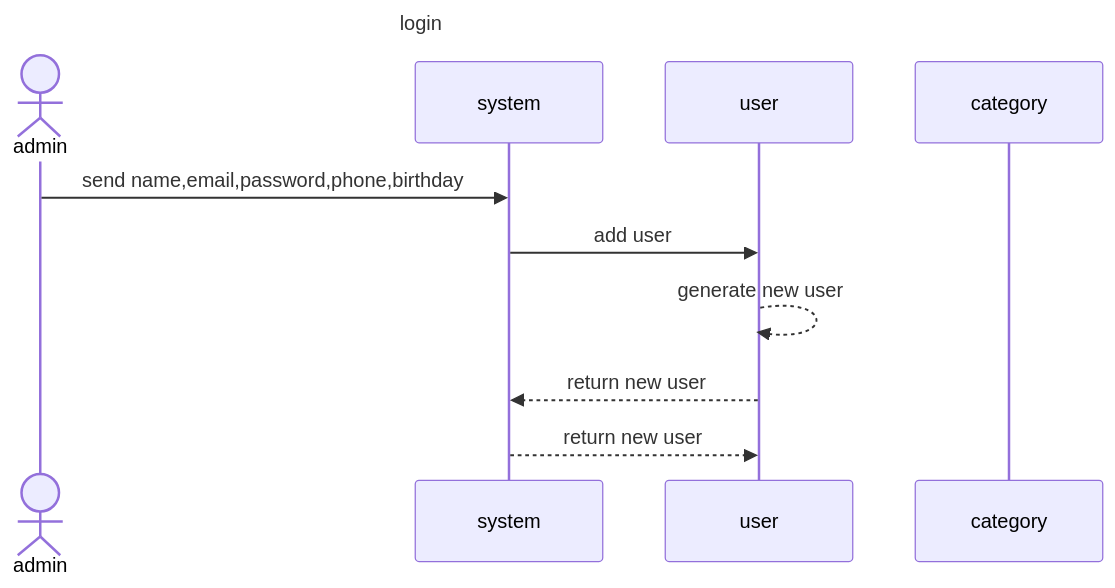
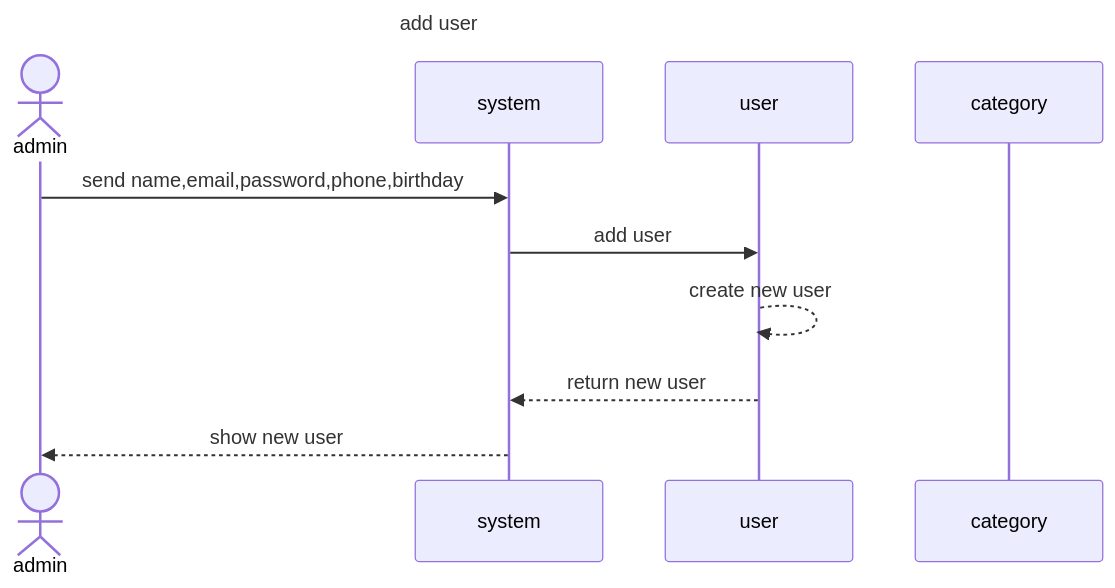
One commit to MxMhx/OOP_Project_MK_website changed the diagram in sequence_diag/admin/add user.mmd. Above: the diagram before and after it, drawn with Mermaid.

```diff
--- a/sequence_diag/admin/add user.mmd
+++ b/sequence_diag/admin/add user.mmd
@@ -1,11 +1,11 @@
 sequenceDiagram
-    title login
+    title add user
     actor admin
     participant system
     participant user
     participant category
     admin ->> system: send name,email,password,phone,birthday
     system ->> user:add user
-    user -->> user : generate new user
+    user -->> user : create new user
     user -->> system: return new user
-    system -->> user: return new user
+    system -->> admin: show new user
```
